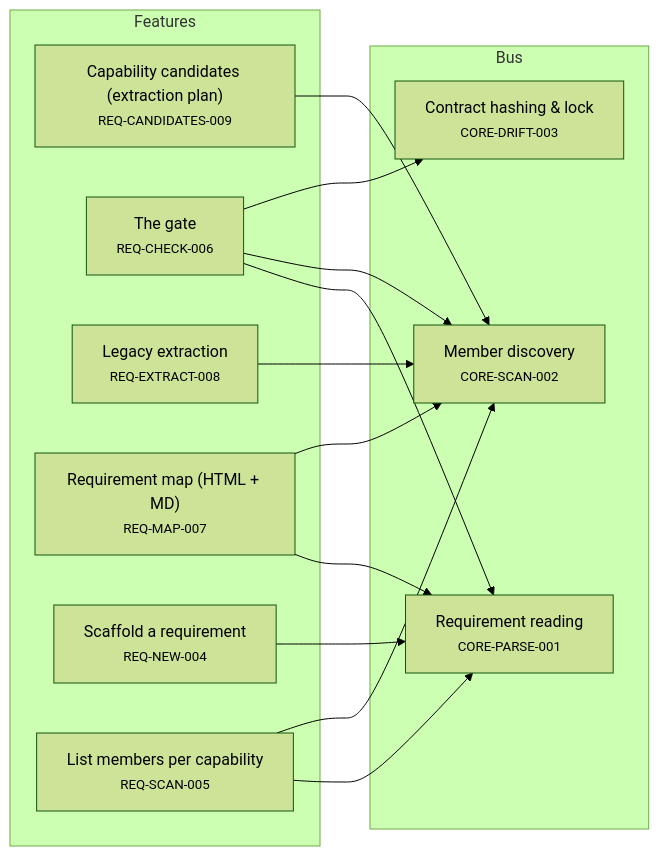
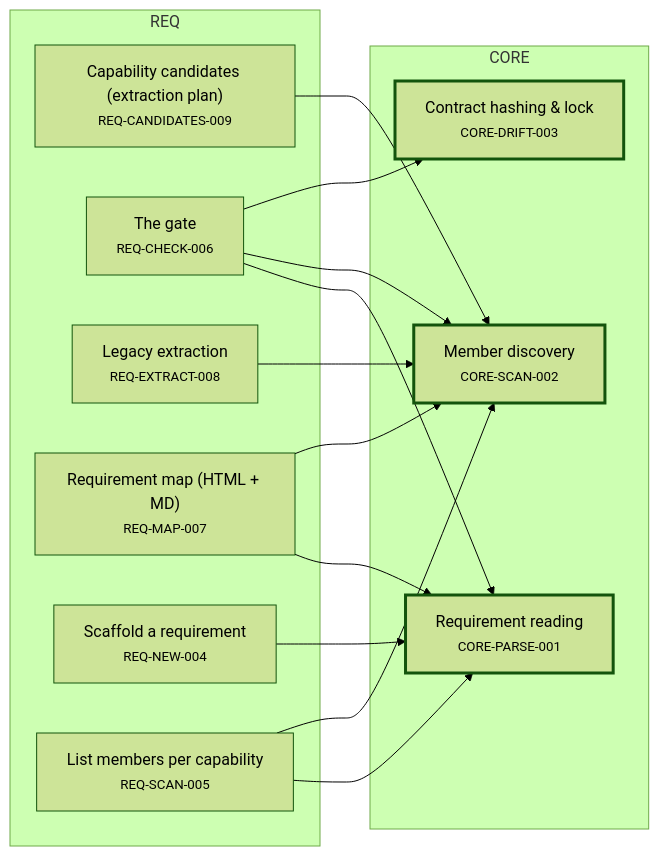
One commit to alxmax/Requirement-manager changed the first of 5 diagrams in plugin/requirements/_map.md. Above: the diagram before and after it, drawn with Mermaid (forest theme). The commit also changed other lines of this file and 3 other files, not shown here.

````diff
--- a/plugin/requirements/_map.md
+++ b/plugin/requirements/_map.md
@@ -11,26 +11,29 @@
 ```mermaid
 graph LR
-  subgraph Features
+  subgraph sg_CORE["CORE"]
+    CORE_DRIFT_003["Contract hashing & lock<br><small>CORE-DRIFT-003</small>"]
+    CORE_PARSE_001["Requirement reading<br><small>CORE-PARSE-001</small>"]
+    CORE_SCAN_002["Member discovery<br><small>CORE-SCAN-002</small>"]
+  end
+  subgraph sg_REQ["REQ"]
     REQ_CANDIDATES_009["Capability candidates (extraction plan)<br><small>REQ-CANDIDATES-009</small>"]
     REQ_CHECK_006["The gate<br><small>REQ-CHECK-006</small>"]
     REQ_EXTRACT_008["Legacy extraction<br><small>REQ-EXTRACT-008</small>"]
     REQ_MAP_007["Requirement map (HTML + MD)<br><small>REQ-MAP-007</small>"]
     REQ_NEW_004["Scaffold a requirement<br><small>REQ-NEW-004</small>"]
     REQ_SCAN_005["List members per capability<br><small>REQ-SCAN-005</small>"]
-  end
-  subgraph Bus
-    CORE_DRIFT_003["Contract hashing & lock<br><small>CORE-DRIFT-003</small>"]
-    CORE_PARSE_001["Requirement reading<br><small>CORE-PARSE-001</small>"]
-    CORE_SCAN_002["Member discovery<br><small>CORE-SCAN-002</small>"]
   end
   REQ_CANDIDATES_009 --> CORE_SCAN_002
   REQ_CHECK_006 --> CORE_PARSE_001
   REQ_CHECK_006 --> CORE_SCAN_002
   REQ_CHECK_006 --> CORE_DRIFT_003
   REQ_EXTRACT_008 --> CORE_SCAN_002
   REQ_MAP_007 --> CORE_PARSE_001
   REQ_MAP_007 --> CORE_SCAN_002
   REQ_NEW_004 --> CORE_PARSE_001
   REQ_SCAN_005 --> CORE_PARSE_001
   REQ_SCAN_005 --> CORE_SCAN_002
+  style CORE_DRIFT_003 stroke-width:3px
+  style CORE_PARSE_001 stroke-width:3px
+  style CORE_SCAN_002 stroke-width:3px
 ```
````
